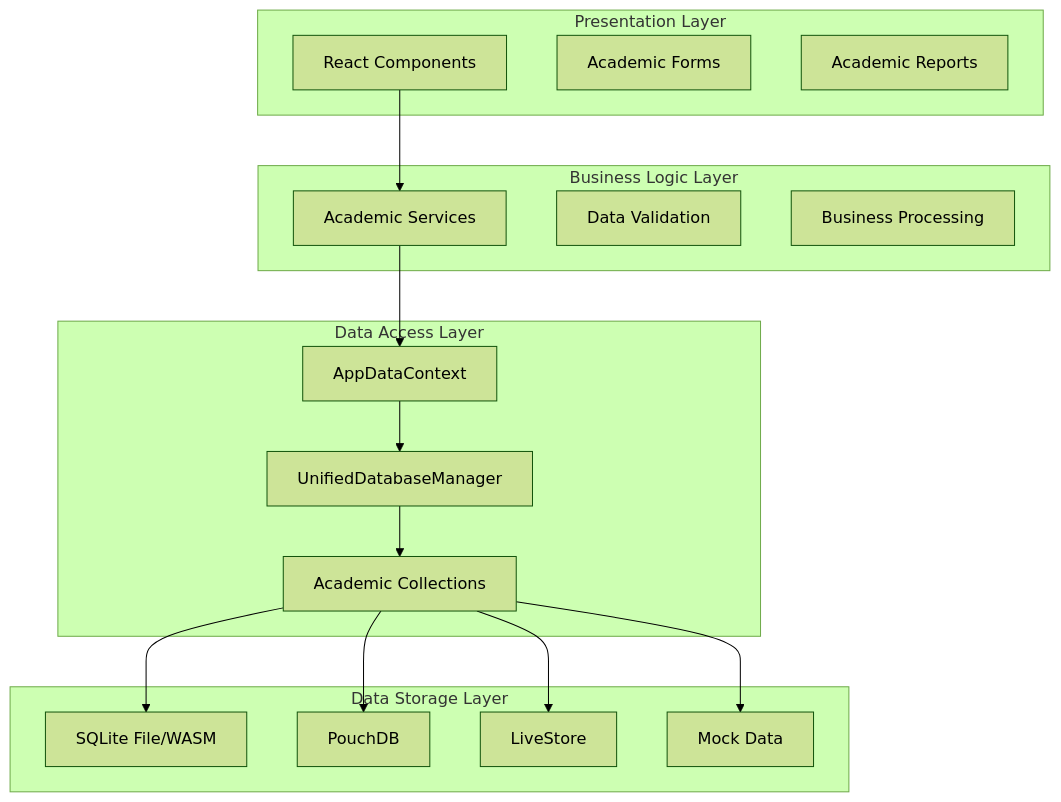
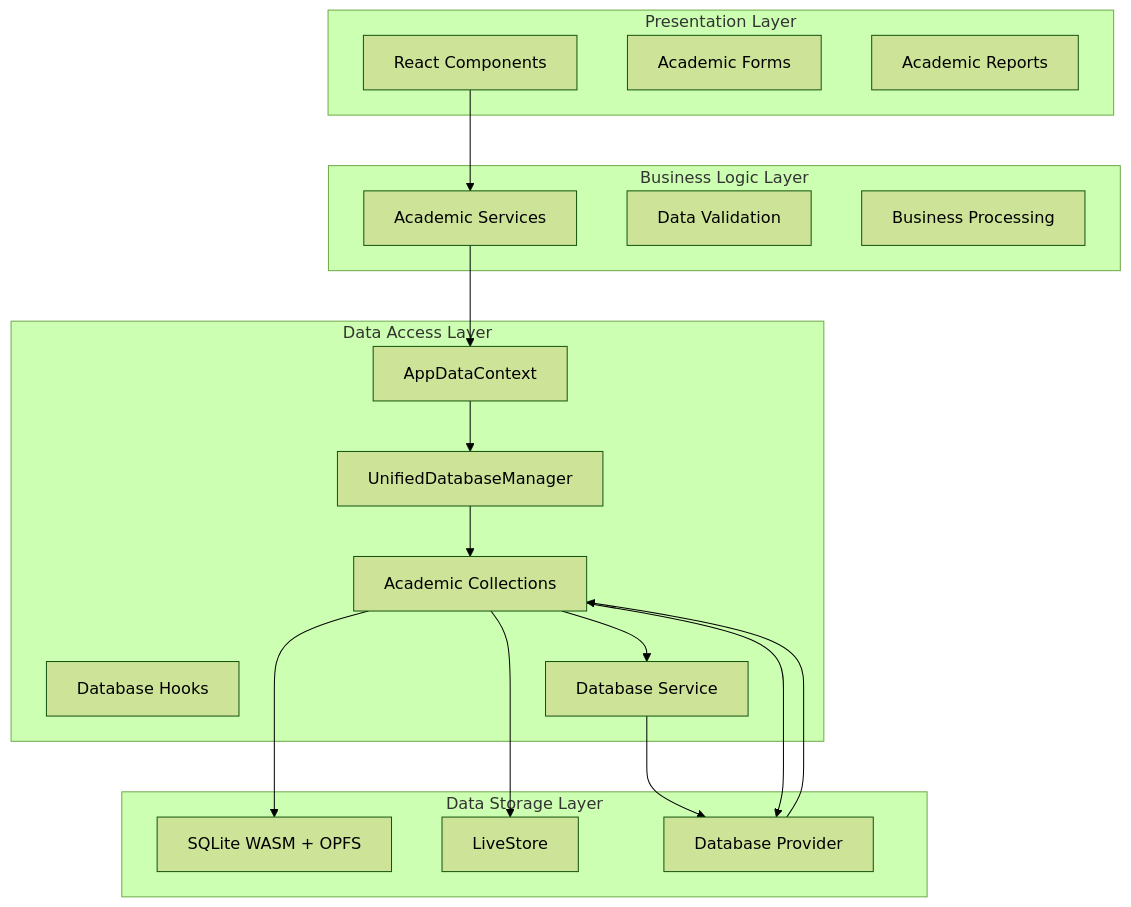
The third of 10 diagrams in .qoder/repowiki/en/content/Academic Data Management.md (geniusdynamics/schoolpilot), drawn with Mermaid (forest theme) before and after one commit. The commit also changed other lines of this file and 16 other files, not shown here.

````diff
--- a/.qoder/repowiki/en/content/Academic Data Management.md
+++ b/.qoder/repowiki/en/content/Academic Data Management.md
@@ -124,32 +145,36 @@
 ```mermaid
 graph TB
 subgraph "Presentation Layer"
 UI[React Components]
 Forms[Academic Forms]
 Reports[Academic Reports]
 end
 subgraph "Business Logic Layer"
 Services[Academic Services]
 Validation[Data Validation]
 Processing[Business Processing]
 end
 subgraph "Data Access Layer"
 Context[AppDataContext]
 Database[UnifiedDatabaseManager]
 Collections[Academic Collections]
+Hooks[Database Hooks]
+Service[Database Service]
 end
 subgraph "Data Storage Layer"
-SQLite[SQLite File/WASM]
-PouchDB[PouchDB]
+SQLite[SQLite WASM + OPFS]
 LiveStore[LiveStore]
-Mock[Mock Data]
+Provider[Database Provider]
+Collections[Academic Collections]
 end
 UI --> Services
 Services --> Context
 Context --> Database
 Database --> Collections
+Collections --> Service
+Service --> Provider
+Provider --> Collections
 Collections --> SQLite
-Collections --> PouchDB
 Collections --> LiveStore
-Collections --> Mock
+Collections --> Provider
 ```
````
